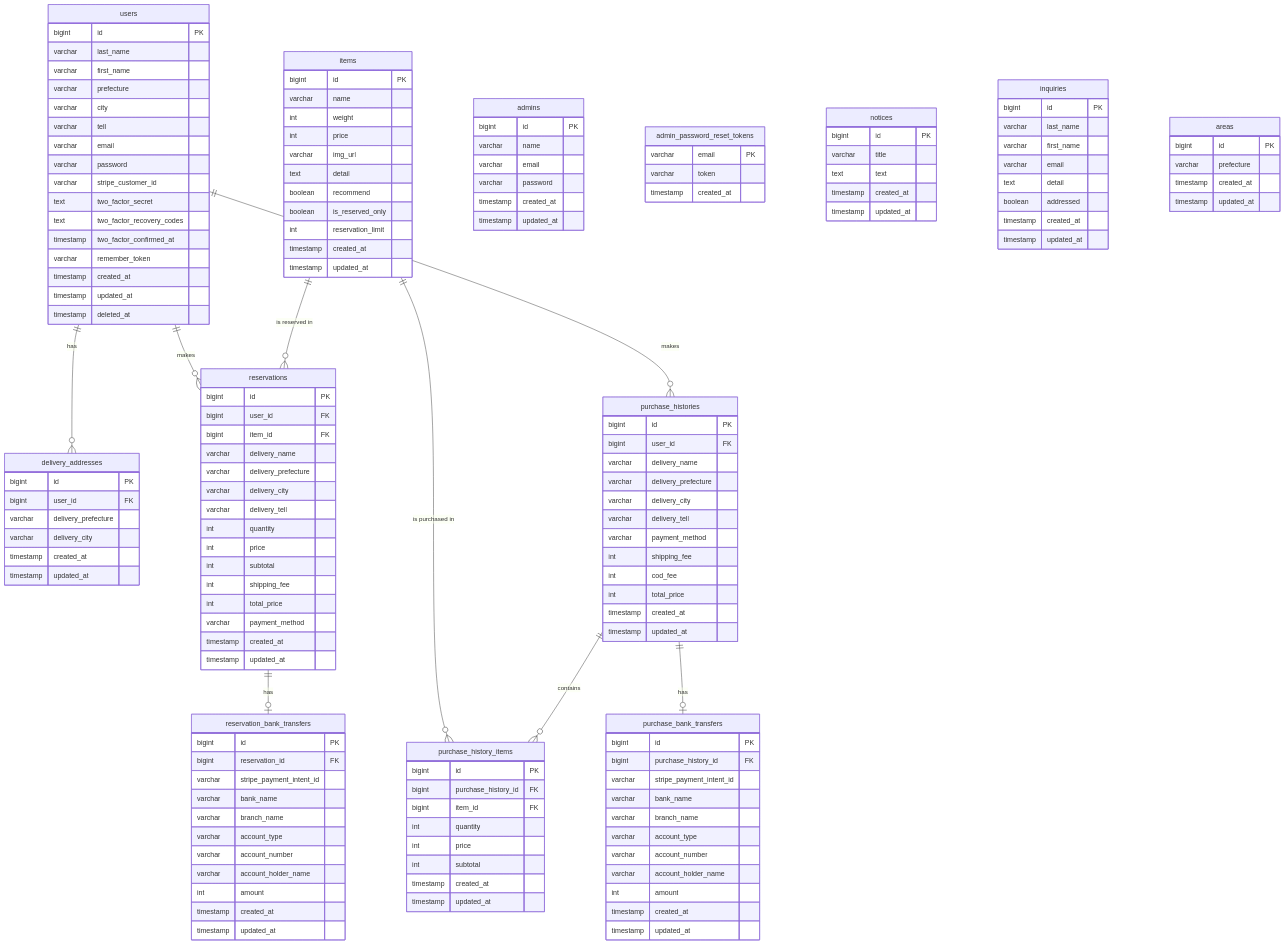
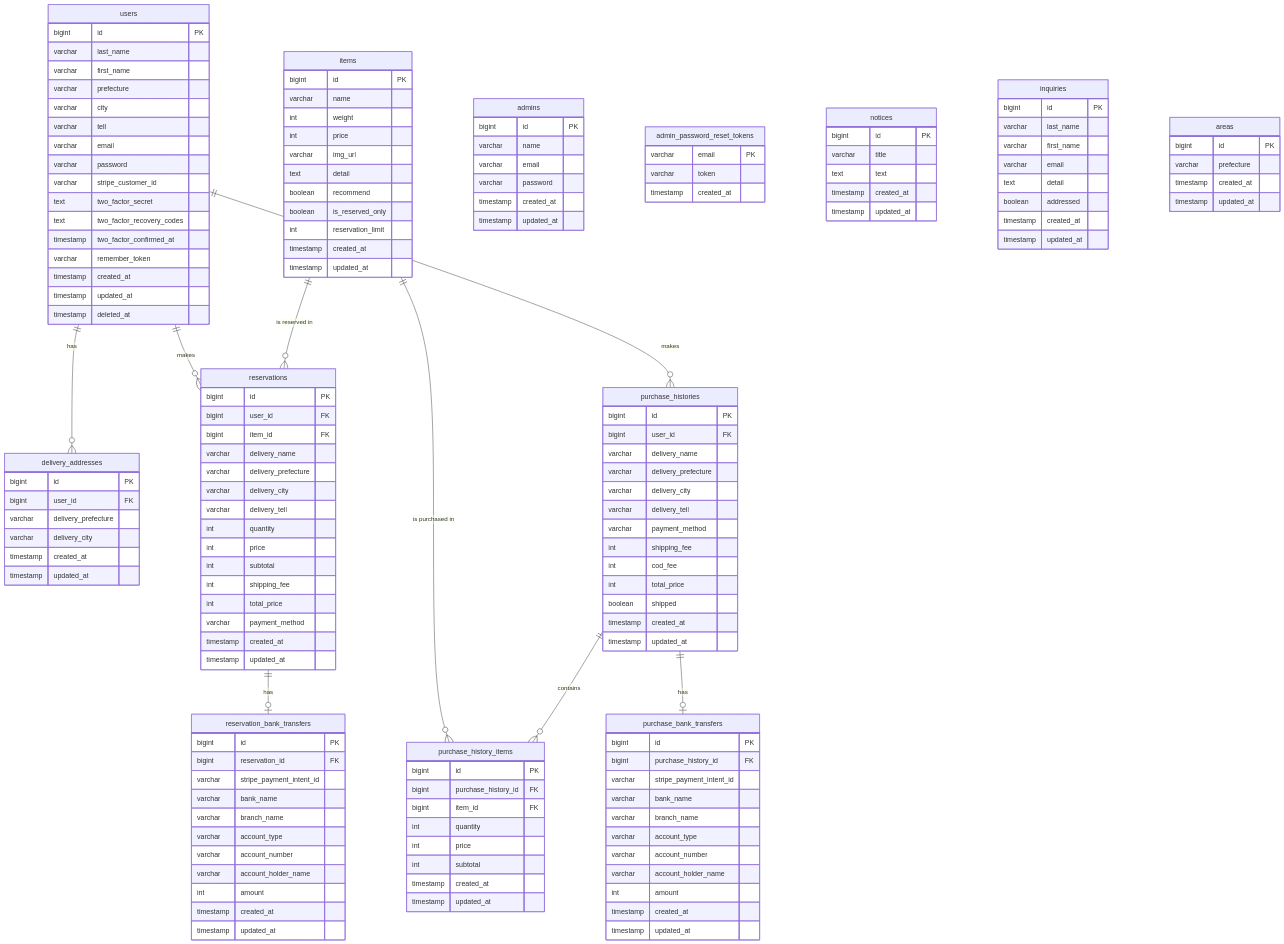
One commit to basstuba/shioyafarm changed the diagram in docs/06-er-diagram.md. Above: the diagram before and after it, drawn with Mermaid. The commit also changed 113 other files, not shown here.

```diff
--- a/docs/06-er-diagram.md
+++ b/docs/06-er-diagram.md
@@ -96,6 +96,7 @@
         int shipping_fee
         int cod_fee
         int total_price
+        boolean shipped
         timestamp created_at
         timestamp updated_at
     }
```
